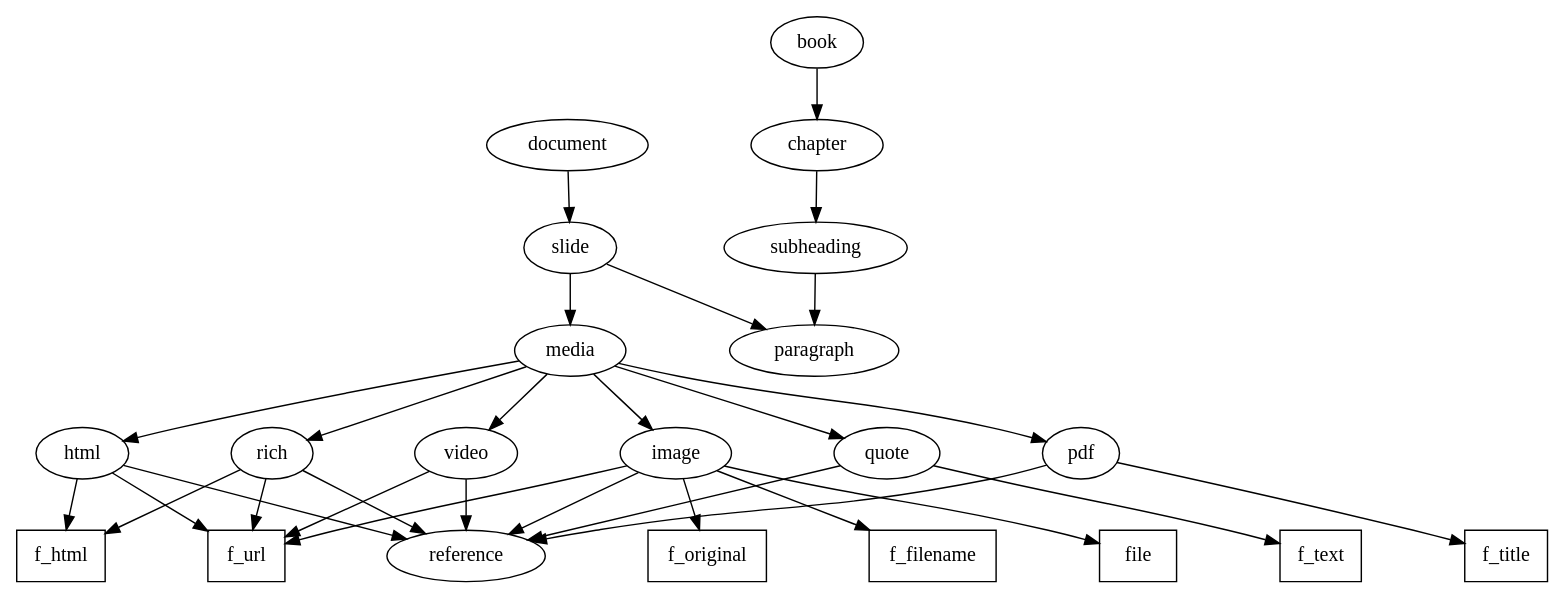
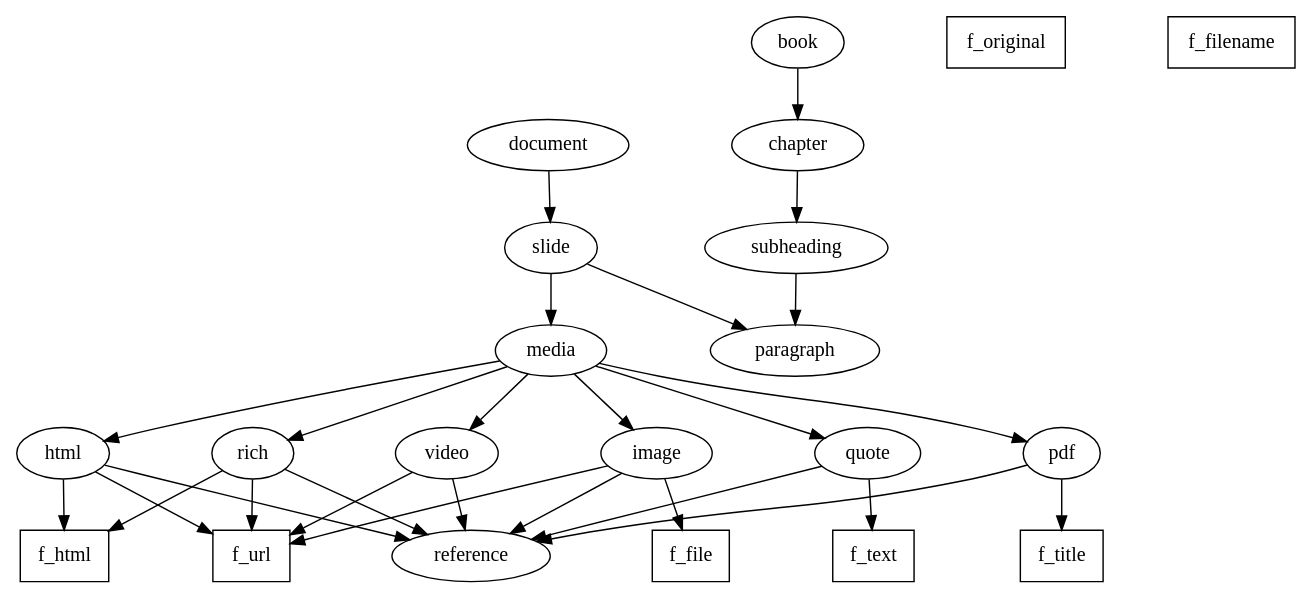
One commit to medialab/aime-core changed the diagram in docs/aime.dot. Above: the diagram before and after it, drawn with Graphviz.

Commit message:
adding aime dot field and data map

```diff
--- a/docs/aime.dot
+++ b/docs/aime.dot
@@ -1,27 +1,27 @@
 digraph {
 
   nodesep= 1
   #rankdir="LR"
 
   subgraph {
 
     node [ shape="rectangle"]
-    f_html f_url f_text f_original f_filename file f_title
+    f_html f_url f_text f_original f_filename f_file f_title
   }
 
 	book -> chapter -> subheading -> paragraph
 
 	document -> slide -> { media, paragraph }
 
   media -> {html,video,rich,image,quote,pdf}
 
   video -> {f_url}
   quote -> {f_text}
   rich  -> {f_html, f_url}
   html  -> {f_html, f_url}
-  image -> {f_original, f_filename, file, f_url}
+  image -> {f_file, f_url}
   pdf   -> {f_title}
 
   {html,video,rich,image,quote,pdf} -> reference
 
 }
```
